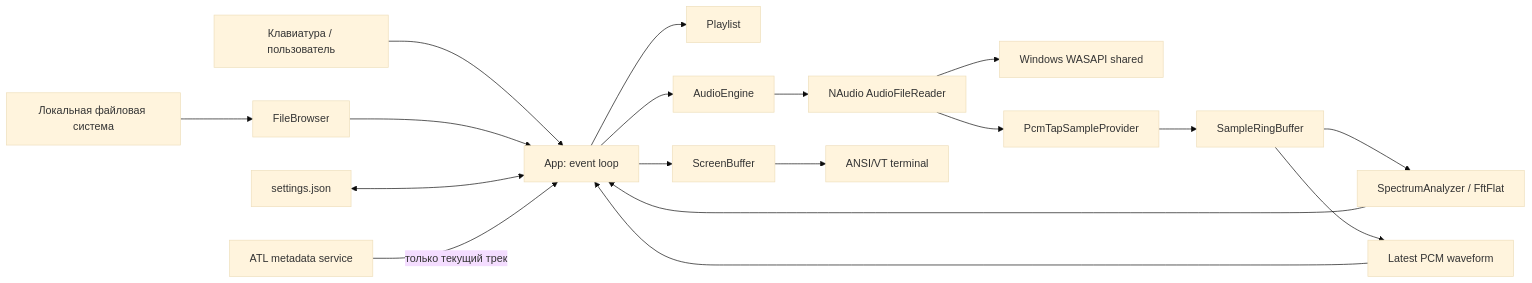
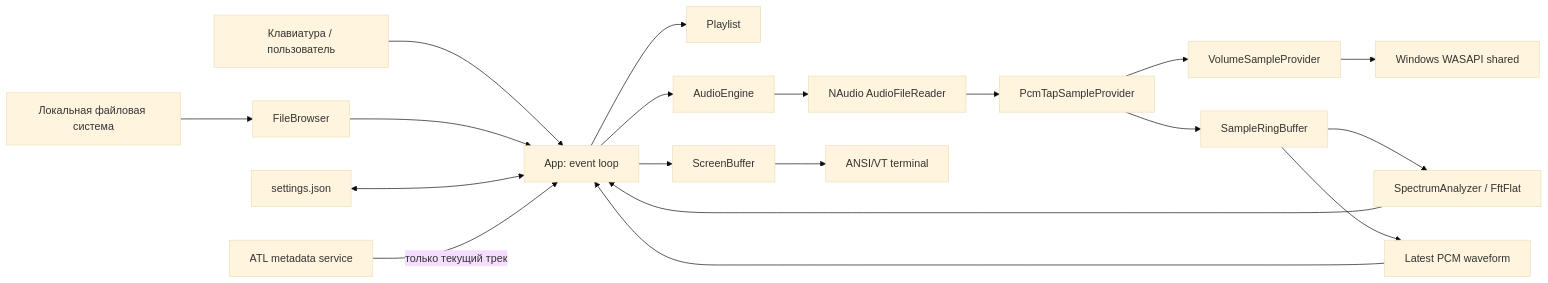
Before and after one commit to Geckon01/YACPlayer: the first of 3 diagrams in docs/ARCHITECTURE.ru.md, drawn with Mermaid (base theme). The commit also changed other lines of this file and 19 other files, not shown here.

````diff
--- a/docs/ARCHITECTURE.ru.md
+++ b/docs/ARCHITECTURE.ru.md
@@ -23,20 +23,21 @@
 ```mermaid
 flowchart LR
     User["Клавиатура / пользователь"] --> App["App: event loop"]
     Files["Локальная файловая система"] --> Browser["FileBrowser"]
     Browser --> App
     App --> Playlist["Playlist"]
     App --> Audio["AudioEngine"]
     Audio --> NAudio["NAudio AudioFileReader"]
-    NAudio --> WASAPI["Windows WASAPI shared"]
     NAudio --> Tap["PcmTapSampleProvider"]
+    Tap --> Volume["VolumeSampleProvider"]
+    Volume --> WASAPI["Windows WASAPI shared"]
     Tap --> Ring["SampleRingBuffer"]
     Ring --> FFT["SpectrumAnalyzer / FftFlat"]
     Ring --> Wave["Latest PCM waveform"]
     FFT --> App
     Wave --> App
     App --> Buffer["ScreenBuffer"]
     Buffer --> Terminal["ANSI/VT terminal"]
     Settings["settings.json"] <--> App
     ATL["ATL metadata service"] -->|"только текущий трек"| App
 ```
````
